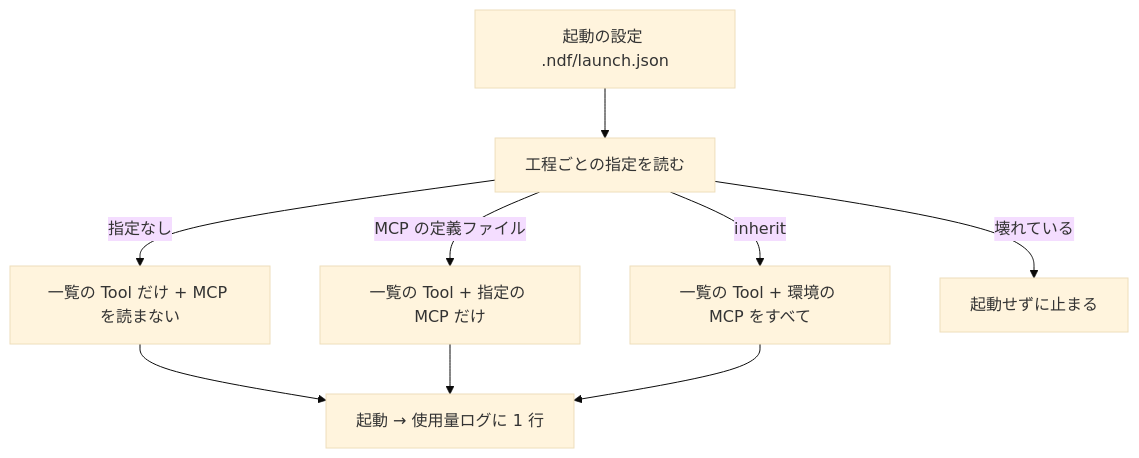
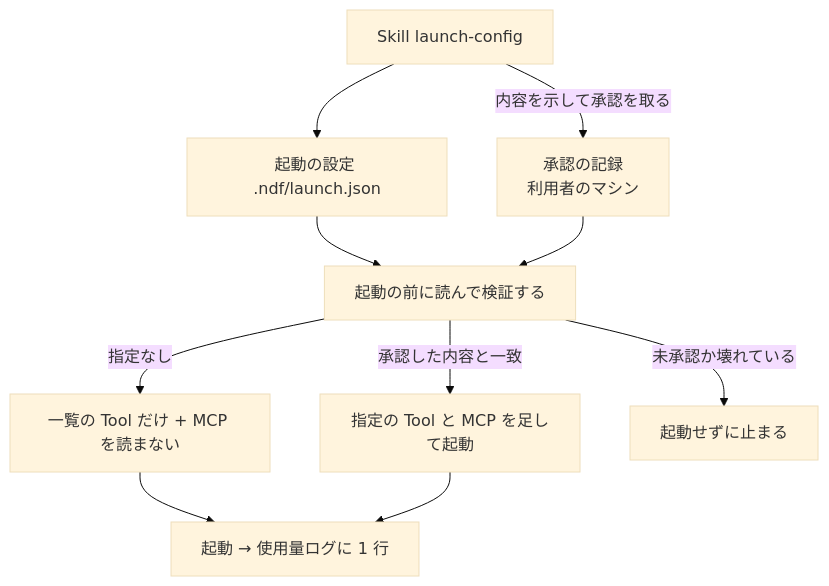
One commit to devbasex/ai-plugins changed the second of 4 diagrams in issues/issue-1959-design.md. Above: the diagram before and after it, drawn with Mermaid (base theme). The commit also changed other lines of this file and 6 other files, not shown here.

````diff
--- a/issues/issue-1959-design.md
+++ b/issues/issue-1959-design.md
@@ -87,9 +107,11 @@
 ```mermaid
 graph TD
-    P[起動の設定 .ndf/launch.json] --> R[工程ごとの指定を読む]
-    R -->|指定なし| A[一覧の Tool だけ + MCP を読まない]
-    R -->|MCP の定義ファイル| B[一覧の Tool + 指定の MCP だけ]
-    R -->|inherit| C[一覧の Tool + 環境の MCP をすべて]
-    R -->|壊れている| D[起動せずに止まる]
-    A & B & C --> U[起動 → 使用量ログに 1 行]
+    K[Skill launch-config] -->|内容を示して承認を取る| A[承認の記録<br>利用者のマシン]
+    K --> P[起動の設定 .ndf/launch.json]
+    P --> R[起動の前に読んで検証する]
+    A --> R
+    R -->|指定なし| N[一覧の Tool だけ + MCP を読まない]
+    R -->|承認した内容と一致| O[指定の Tool と MCP を足して起動]
+    R -->|未承認か壊れている| D[起動せずに止まる]
+    N & O --> U[起動 → 使用量ログに 1 行]
 ```
````
